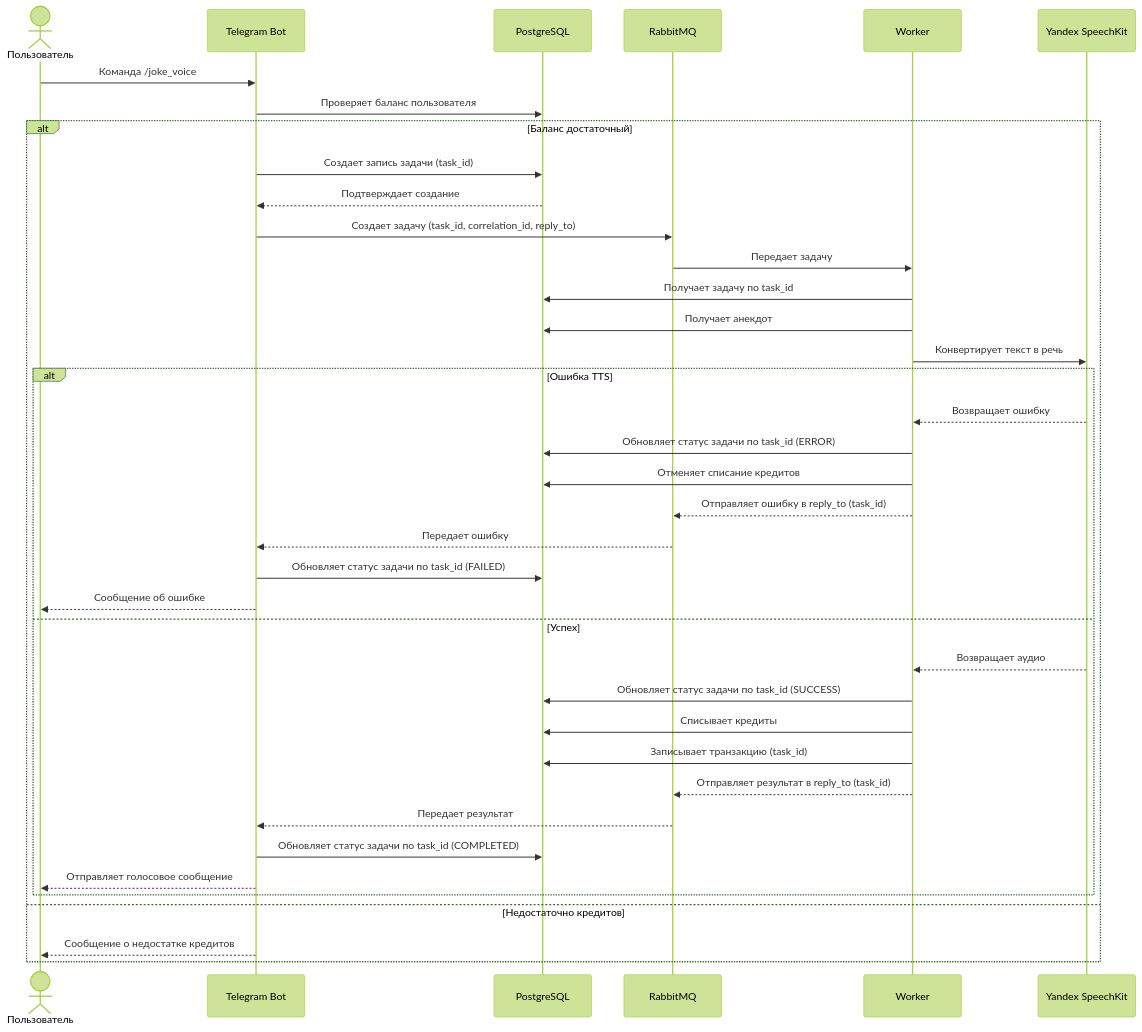
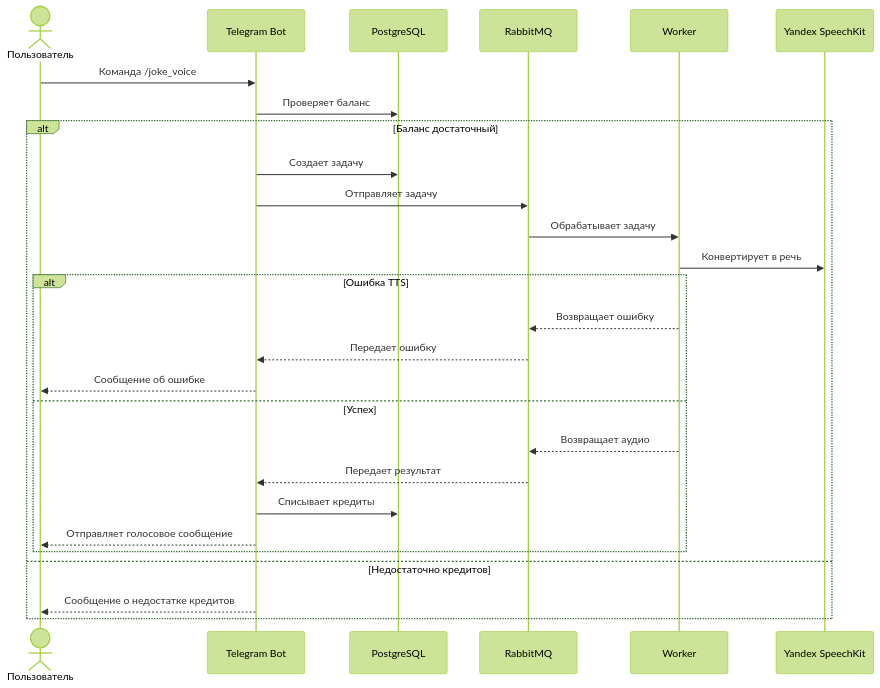
One commit to naumtsevalex/python_ml_billing_service changed the sixth of 6 diagrams in DETAILS.md. Above: the diagram before and after it, drawn with Mermaid (forest theme). The commit also changed other lines of this file, not shown here.

````diff
--- a/DETAILS.md
+++ b/DETAILS.md
@@ -354,41 +329,30 @@
 ```mermaid
 sequenceDiagram
     actor User as Пользователь
     participant Bot as Telegram Bot
     participant DB as PostgreSQL
     participant RabbitMQ as RabbitMQ
     participant Worker as Worker
     participant TTS as Yandex SpeechKit
 
     User->>Bot: Команда /joke_voice
-    Bot->>DB: Проверяет баланс пользователя
+    Bot->>DB: Проверяет баланс
     alt Баланс достаточный
-        Bot->>DB: Создает запись задачи (task_id)
-        DB-->>Bot: Подтверждает создание
-        Bot->>RabbitMQ: Создает задачу (task_id, correlation_id, reply_to)
-        RabbitMQ->>Worker: Передает задачу
-        Worker->>DB: Получает задачу по task_id
-        Worker->>DB: Получает анекдот
-        Worker->>TTS: Конвертирует текст в речь
+        Bot->>DB: Создает задачу
+        Bot->>RabbitMQ: Отправляет задачу
+        RabbitMQ->>Worker: Обрабатывает задачу
+        Worker->>TTS: Конвертирует в речь
         alt Ошибка TTS
-            TTS-->>Worker: Возвращает ошибку
-            Worker->>DB: Обновляет статус задачи по task_id (ERROR)
-            Worker->>DB: Отменяет списание кредитов
-            Worker-->>RabbitMQ: Отправляет ошибку в reply_to (task_id)
+            Worker-->>RabbitMQ: Возвращает ошибку
             RabbitMQ-->>Bot: Передает ошибку
-            Bot->>DB: Обновляет статус задачи по task_id (FAILED)
             Bot-->>User: Сообщение об ошибке
         else Успех
-            TTS-->>Worker: Возвращает аудио
-            Worker->>DB: Обновляет статус задачи по task_id (SUCCESS)
-            Worker->>DB: Списывает кредиты
-            Worker->>DB: Записывает транзакцию (task_id)
-            Worker-->>RabbitMQ: Отправляет результат в reply_to (task_id)
+            Worker-->>RabbitMQ: Возвращает аудио
             RabbitMQ-->>Bot: Передает результат
-            Bot->>DB: Обновляет статус задачи по task_id (COMPLETED)
+            Bot->>DB: Списывает кредиты
             Bot-->>User: Отправляет голосовое сообщение
         end
     else Недостаточно кредитов
         Bot-->>User: Сообщение о недостатке кредитов
     end
 ```
````
